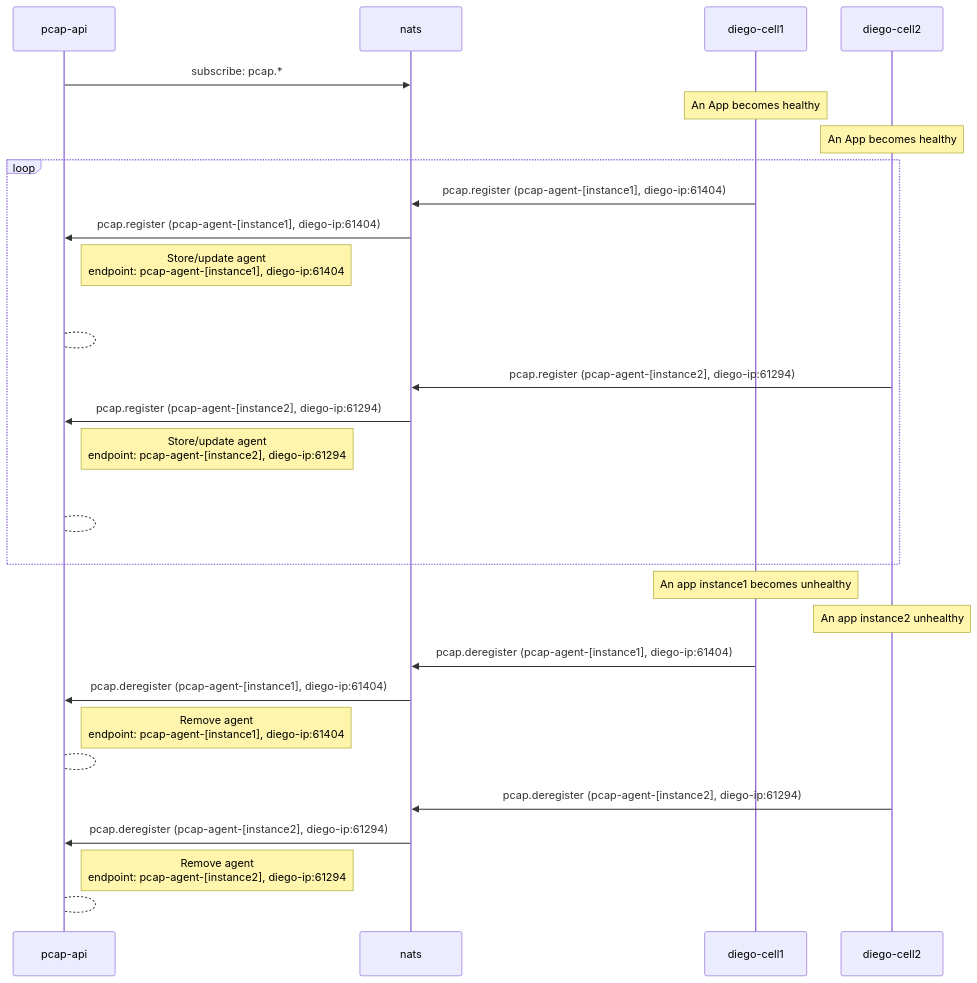
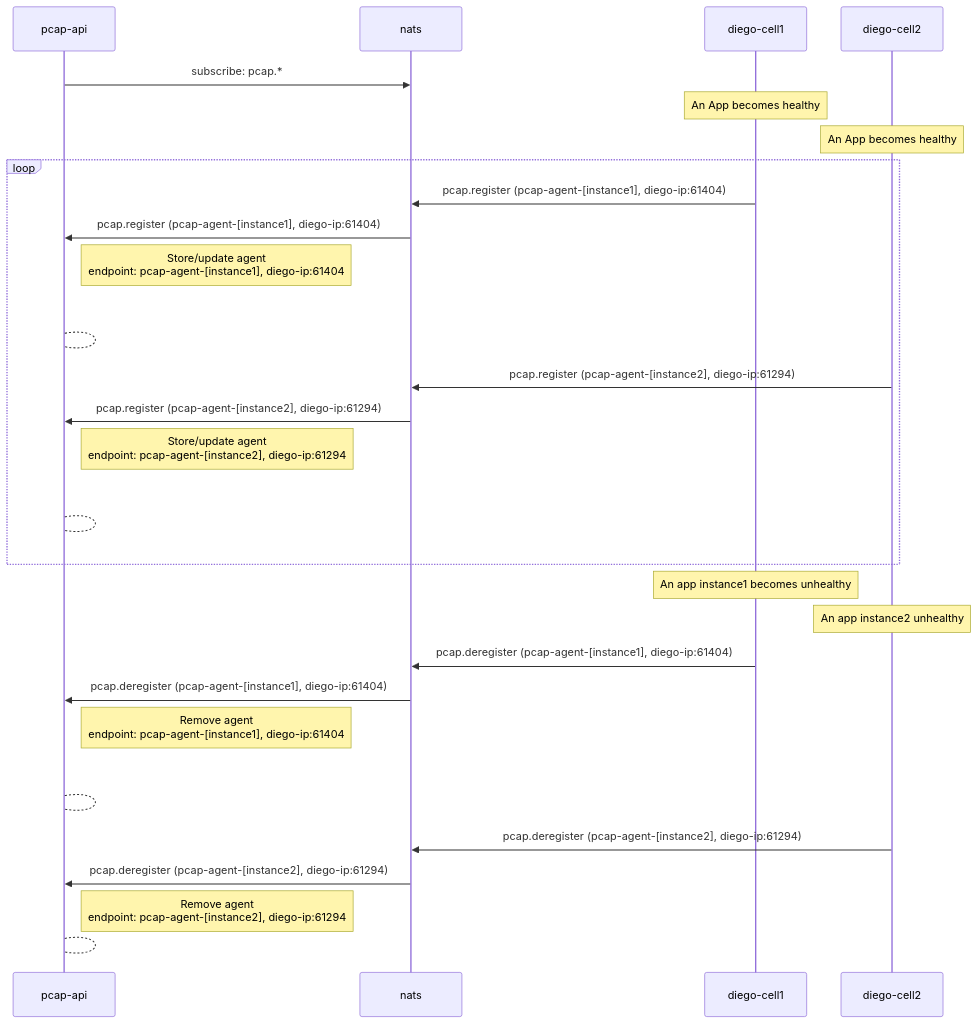
One commit to cloudfoundry/pcap-release changed the second of 22 diagrams in docs/api-communication-spec.md. Above: the diagram before and after it, drawn with Mermaid. The commit also changed other lines of this file, not shown here.

````diff
--- a/docs/api-communication-spec.md
+++ b/docs/api-communication-spec.md
@@ -135,29 +135,29 @@
 ```mermaid
 sequenceDiagram
     pcap-api ->> nats: subscribe: pcap.*
   
     note over diego-cell1: An App becomes healthy
     note over diego-cell2: An App becomes healthy
     loop
         diego-cell1 ->> nats: pcap.register (pcap-agent-[instance1], diego-ip:61404)
         nats ->> pcap-api: pcap.register (pcap-agent-[instance1], diego-ip:61404)
         note right of pcap-api: Store/update agent<br>endpoint: pcap-agent-[instance1], diego-ip:61404
         pcap-api --> pcap-api: <br/>
         diego-cell2 ->> nats: pcap.register (pcap-agent-[instance2], diego-ip:61294)
         nats ->> pcap-api: pcap.register (pcap-agent-[instance2], diego-ip:61294)
         note right of pcap-api: Store/update agent<br>endpoint: pcap-agent-[instance2], diego-ip:61294
         pcap-api --> pcap-api: <br/>
     end
     note over diego-cell1: An app instance1 becomes unhealthy
     note over diego-cell2: An app instance2 unhealthy
 
     diego-cell1 ->> nats: pcap.deregister (pcap-agent-[instance1], diego-ip:61404)
     nats ->> pcap-api: pcap.deregister (pcap-agent-[instance1], diego-ip:61404)
     note right of pcap-api: Remove agent<br>endpoint: pcap-agent-[instance1], diego-ip:61404
-    pcap-api --> pcap-api: 
+    pcap-api --> pcap-api: <br/>
 
     diego-cell2 ->> nats: pcap.deregister (pcap-agent-[instance2], diego-ip:61294)
     nats ->> pcap-api: pcap.deregister (pcap-agent-[instance2], diego-ip:61294)
     note right of pcap-api: Remove agent<br>endpoint: pcap-agent-[instance2], diego-ip:61294    
     pcap-api --> pcap-api: 
 ```
````
